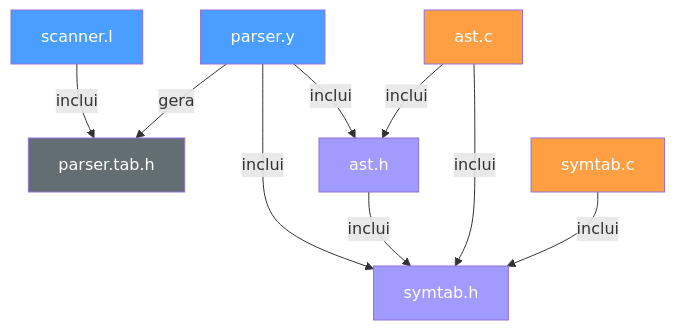
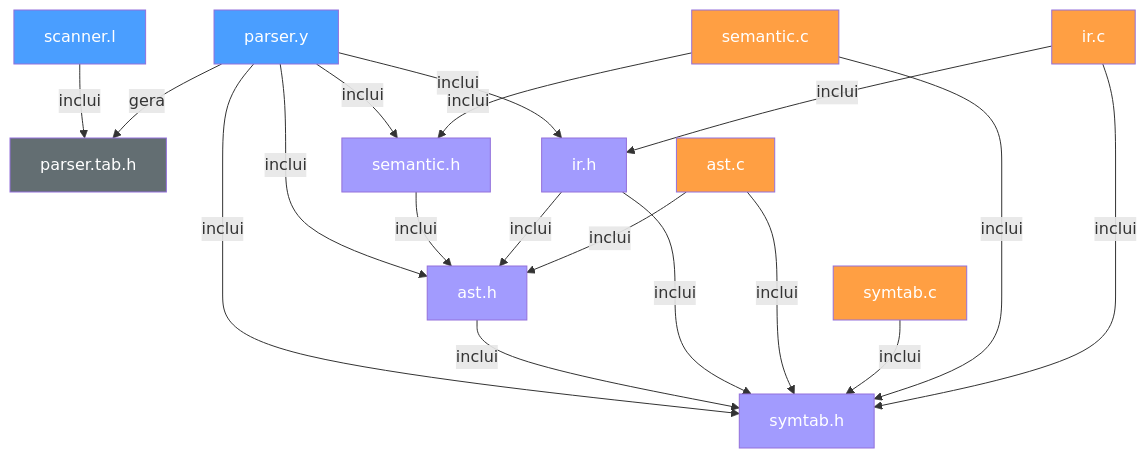
The diagram in docs/arquitetura_interpretador.md (UnB-Coding/compiladores1), drawn with Mermaid before and after one commit. The commit also changed other lines of this file and 10 other files, not shown here.

````diff
--- a/docs/arquitetura_interpretador.md
+++ b/docs/arquitetura_interpretador.md
@@ -405,19 +321,32 @@
 ```mermaid
 graph TD
     A[scanner.l] -->|inclui| B[parser.tab.h]
     C[parser.y] -->|gera| B
     C -->|inclui| D[ast.h]
     C -->|inclui| E[symtab.h]
+    C -->|inclui| S[semantic.h]
+    C -->|inclui| I[ir.h]
     D -->|inclui| E
+    S -->|inclui| D
+    I -->|inclui| D
+    I -->|inclui| E
     F[ast.c] -->|inclui| D
     F -->|inclui| E
     G[symtab.c] -->|inclui| E
+    H[semantic.c] -->|inclui| S
+    H -->|inclui| E
+    J[ir.c] -->|inclui| I
+    J -->|inclui| E
 
     style A fill:#4a9eff,color:#fff
     style C fill:#4a9eff,color:#fff
     style F fill:#ff9f43,color:#fff
     style G fill:#ff9f43,color:#fff
+    style H fill:#ff9f43,color:#fff
+    style J fill:#ff9f43,color:#fff
     style D fill:#a29bfe,color:#fff
     style E fill:#a29bfe,color:#fff
+    style S fill:#a29bfe,color:#fff
+    style I fill:#a29bfe,color:#fff
     style B fill:#636e72,color:#fff
 ```
````
